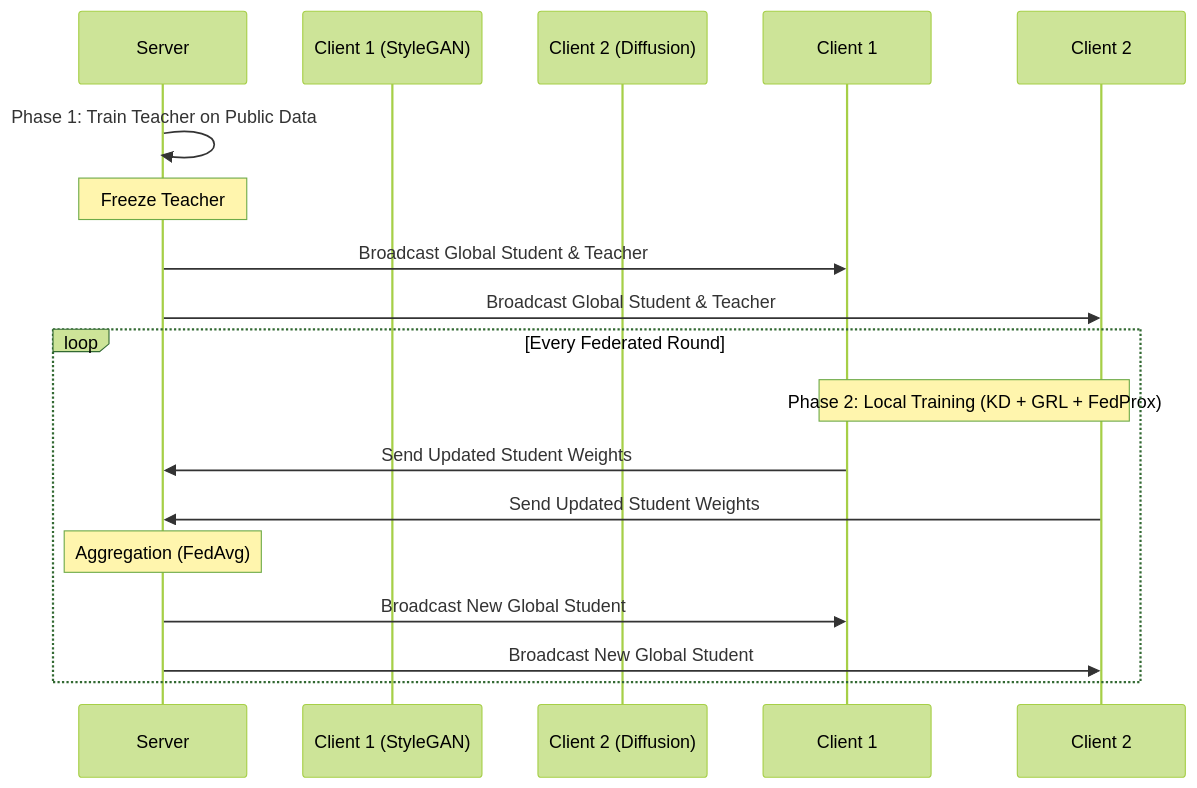
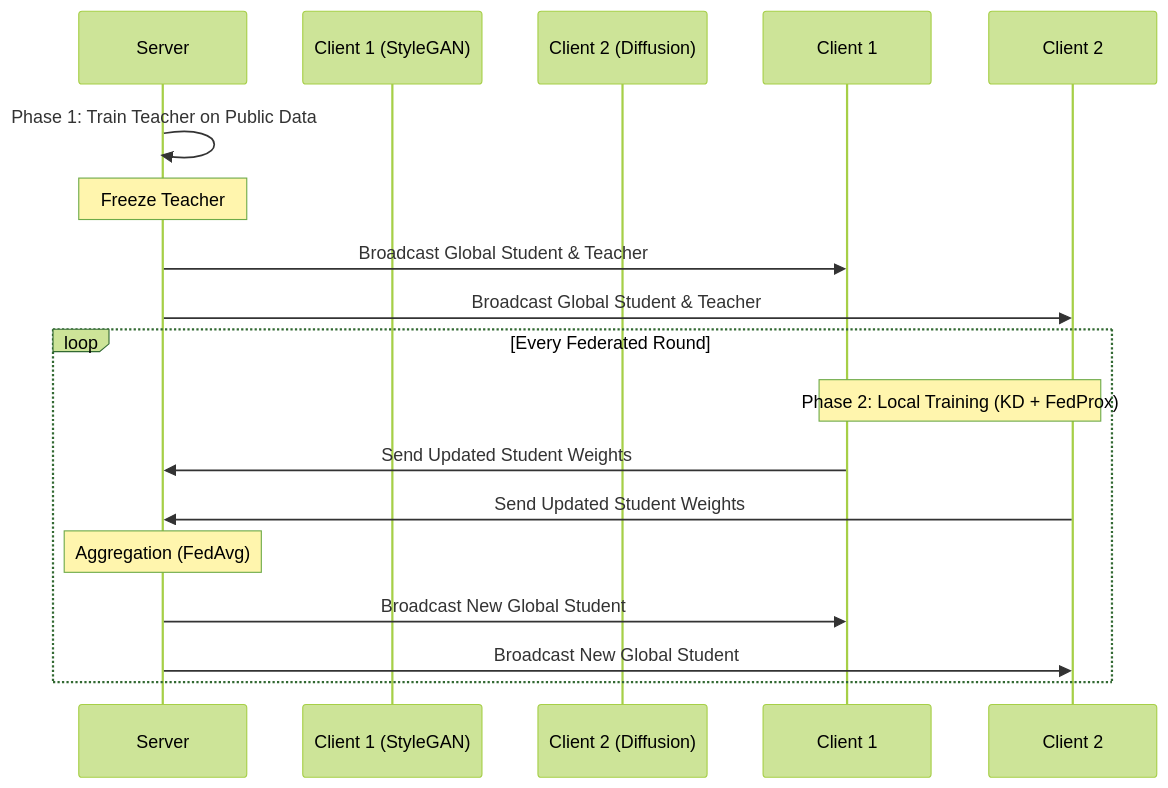
Before and after one commit to biswajit-bhunia/KD: the third of 4 diagrams in technical_architecture.md, drawn with Mermaid (forest theme). The commit also changed other lines of this file and 13 other files, not shown here.

Commit message:
new working architecture

````diff
--- a/technical_architecture.md
+++ b/technical_architecture.md
@@ -148,20 +134,20 @@
 ```mermaid
 sequenceDiagram
     participant Server
     participant Client 1 (StyleGAN)
     participant Client 2 (Diffusion)
     
     Server->>Server: Phase 1: Train Teacher on Public Data
     Note over Server: Freeze Teacher
     Server->>Client 1: Broadcast Global Student & Teacher
     Server->>Client 2: Broadcast Global Student & Teacher
     
     loop Every Federated Round
-        Note over Client 1, Client 2: Phase 2: Local Training (KD + GRL + FedProx)
+        Note over Client 1, Client 2: Phase 2: Local Training (KD + FedProx)
         Client 1->>Server: Send Updated Student Weights
         Client 2->>Server: Send Updated Student Weights
         Note over Server: Aggregation (FedAvg)
         Server->>Client 1: Broadcast New Global Student
         Server->>Client 2: Broadcast New Global Student
     end
 ```
````
